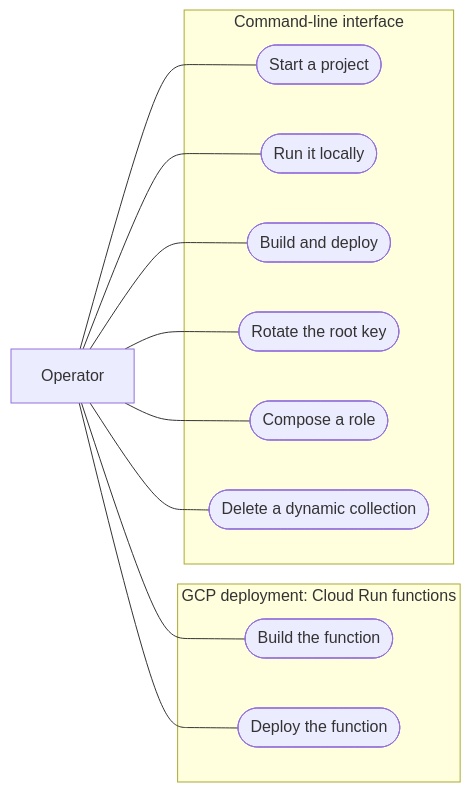
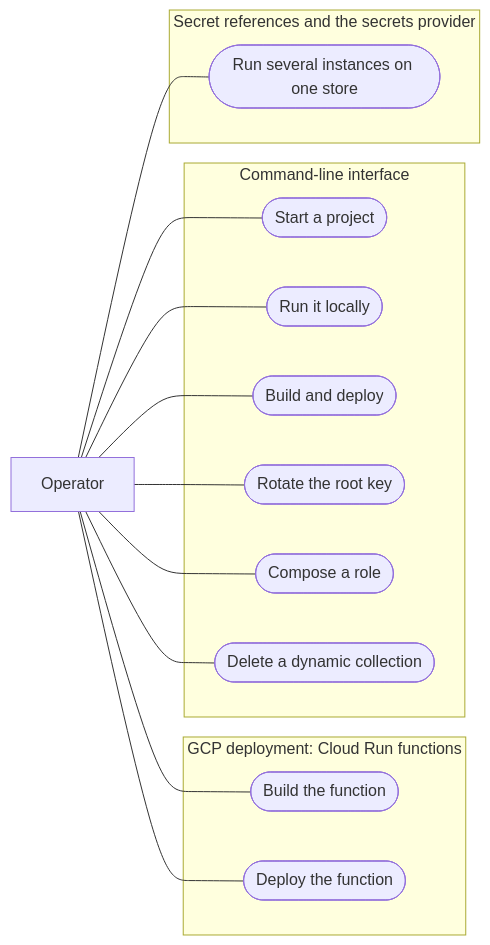
Before and after one commit to GenoaCMS/genoacms: the eighth of 12 diagrams in docs/MAP.md, drawn with Mermaid. The commit also changed other lines of this file and 1 other file, not shown here.

Commit message:
docs(secrets): the use case of several instances on one store, and its scenario SJ1a

````diff
--- a/docs/MAP.md
+++ b/docs/MAP.md
@@ -115,25 +115,29 @@
 ```mermaid
 flowchart LR
   actor["Operator"]
   subgraph doc1 ["GCP deployment: Cloud Run functions"]
     GJ1(["Build the function"])
     GJ2(["Deploy the function"])
   end
   subgraph doc2 ["Command-line interface"]
     LJ1(["Start a project"])
     LJ2(["Run it locally"])
     LJ3(["Build and deploy"])
     LJ4(["Rotate the root key"])
     LJ5(["Compose a role"])
     LJ6(["Delete a dynamic collection"])
   end
-  actor --- GJ1 & GJ2 & LJ1 & LJ2 & LJ3 & LJ4 & LJ5 & LJ6
+  subgraph doc3 ["Secret references and the secrets provider"]
+    SJ1(["Run several instances on one store"])
+  end
+  actor --- GJ1 & GJ2 & LJ1 & LJ2 & LJ3 & LJ4 & LJ5 & LJ6 & SJ1
   click GJ1 "architecture/adapter-gcp/deployment.md"
   click GJ2 "architecture/adapter-gcp/deployment.md"
   click LJ1 "architecture/cli.md"
   click LJ2 "architecture/cli.md"
   click LJ3 "architecture/cli.md"
   click LJ4 "architecture/cli.md"
   click LJ5 "architecture/cli.md"
   click LJ6 "architecture/cli.md"
+  click SJ1 "architecture/secrets.md"
 ```
````
